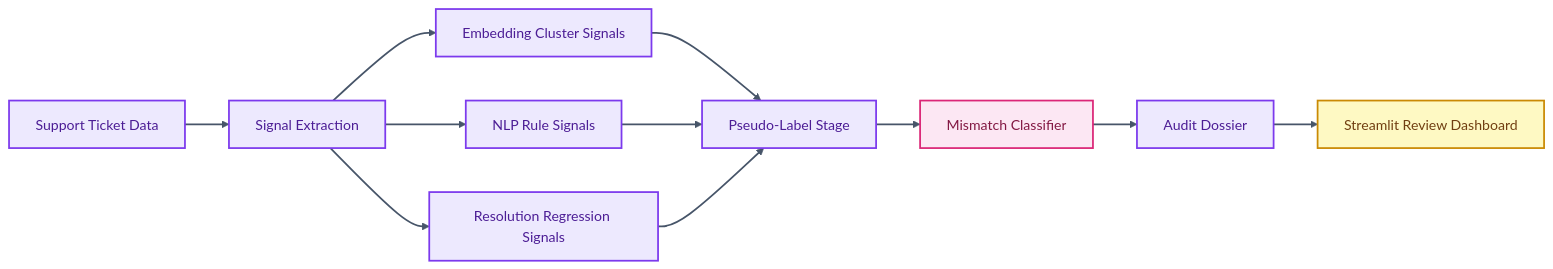
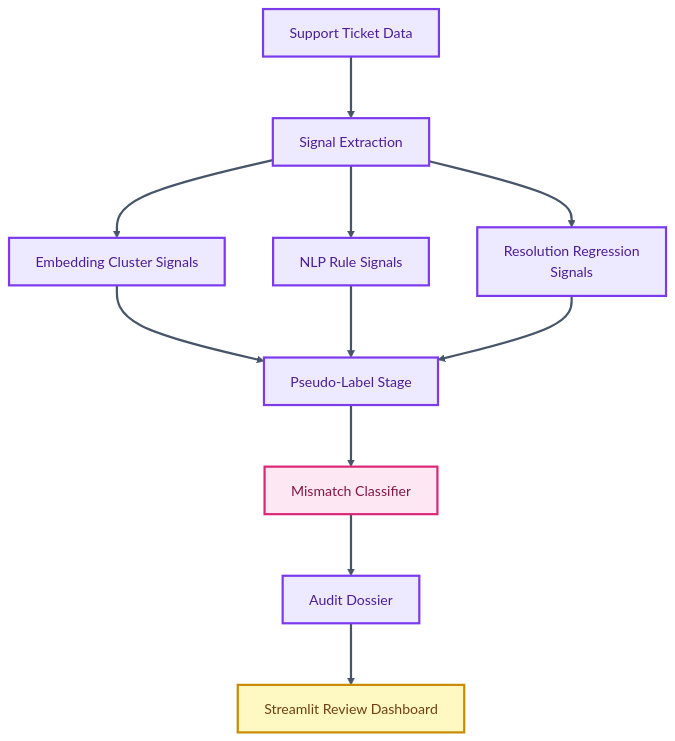
One commit to skx56/Support-Integrity-Auditor changed the diagram in README.md. Above: the diagram before and after it, drawn with Mermaid.

Commit message:
Make README architecture diagram vertical

````diff
--- a/README.md
+++ b/README.md
@@ -31,23 +31,24 @@
 ```mermaid
-flowchart LR
+%%{init: {"flowchart": {"nodeSpacing": 55, "rankSpacing": 70, "curve": "basis"}, "themeVariables": {"fontSize": "16px", "fontFamily": "Inter, ui-sans-serif, system-ui, -apple-system, BlinkMacSystemFont, Segoe UI, sans-serif"}}}%%
+flowchart TD
   Tickets["Support Ticket Data"] --> Signals["Signal Extraction"]
   Signals --> Semantic["Embedding Cluster Signals"]
   Signals --> Rules["NLP Rule Signals"]
-  Signals --> Regression["Resolution Regression Signals"]
+  Signals --> Regression["Resolution Regression<br/>Signals"]
   Semantic --> Pseudo["Pseudo-Label Stage"]
   Rules --> Pseudo
   Regression --> Pseudo
   Pseudo --> Classifier["Mismatch Classifier"]
   Classifier --> Dossier["Audit Dossier"]
   Dossier --> Dashboard["Streamlit Review Dashboard"]
 
-  classDef inputs fill:#E0F2FE,stroke:#0284C7,color:#0C4A6E,stroke-width:2px;
-  classDef process fill:#EDE9FE,stroke:#7C3AED,color:#4C1D95,stroke-width:2px;
-  classDef data fill:#CCFBF1,stroke:#0D9488,color:#134E4A,stroke-width:2px;
-  classDef agent fill:#FCE7F3,stroke:#DB2777,color:#831843,stroke-width:2px;
-  classDef output fill:#FEF9C3,stroke:#CA8A04,color:#713F12,stroke-width:2px;
+  classDef inputs fill:#E0F2FE,stroke:#0284C7,color:#0C4A6E,stroke-width:2.5px;
+  classDef process fill:#EDE9FE,stroke:#7C3AED,color:#4C1D95,stroke-width:2.5px;
+  classDef data fill:#CCFBF1,stroke:#0D9488,color:#134E4A,stroke-width:2.5px;
+  classDef agent fill:#FCE7F3,stroke:#DB2777,color:#831843,stroke-width:2.5px;
+  classDef output fill:#FEF9C3,stroke:#CA8A04,color:#713F12,stroke-width:2.5px;
   class Tickets,Signals,Semantic,Rules,Regression,Pseudo,Dossier process;
   class Classifier agent;
   class Dashboard output;
-  linkStyle default stroke:#475569,stroke-width:2px;
+  linkStyle default stroke:#475569,stroke-width:2.5px;
 ```
````
